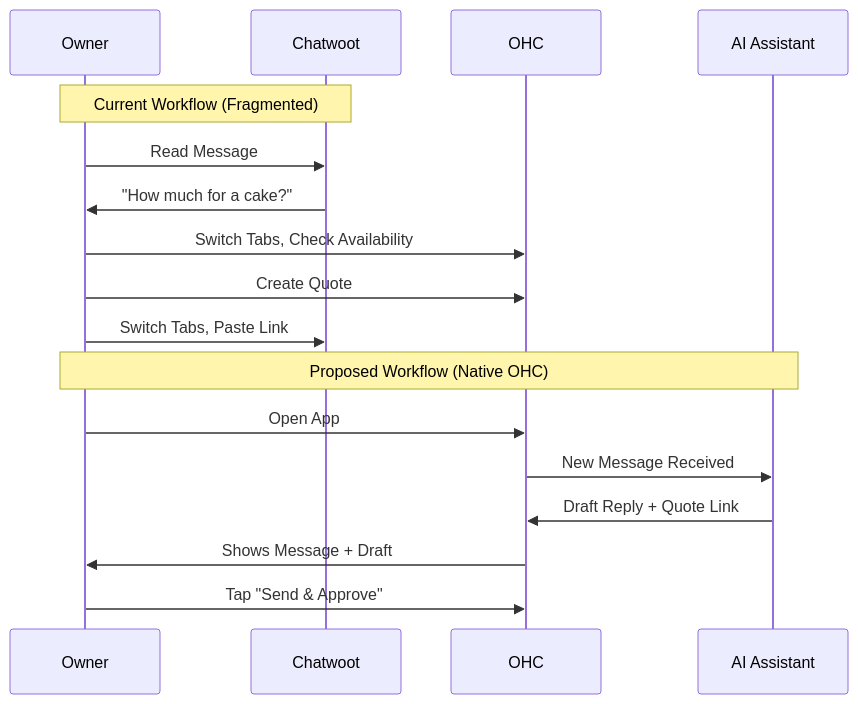
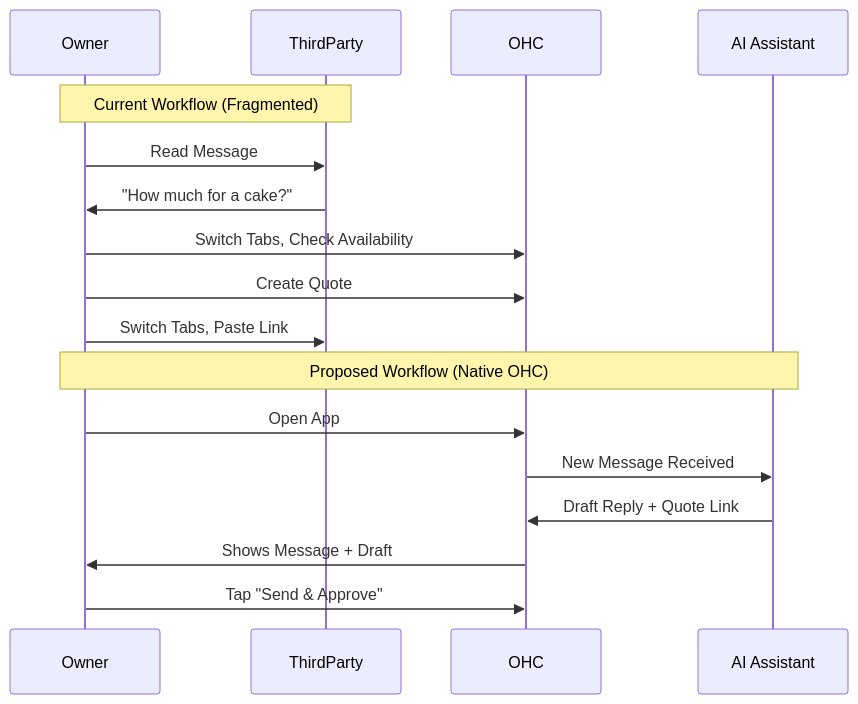
Before and after one commit to omnisolo-llc/onehumancorp: the second of 2 diagrams in .agent-task/report/task_output.md, drawn with Mermaid. The commit also changed other lines of this file and 1 other file, not shown here.

First line of the commit message:
docs: remove remaining chatwoot residue in generated report

````diff
--- a/.agent-task/report/task_output.md
+++ b/.agent-task/report/task_output.md
@@ -88,21 +88,21 @@
   ```mermaid
   sequenceDiagram
       participant Owner
-      participant Chatwoot
+      participant ThirdParty
       participant OHC
       participant AI Assistant
 
-      Note over Owner,Chatwoot: Current Workflow (Fragmented)
-      Owner->>Chatwoot: Read Message
-      Chatwoot->>Owner: "How much for a cake?"
+      Note over Owner,ThirdParty: Current Workflow (Fragmented)
+      Owner->>ThirdParty: Read Message
+      ThirdParty->>Owner: "How much for a cake?"
       Owner->>OHC: Switch Tabs, Check Availability
       Owner->>OHC: Create Quote
-      Owner->>Chatwoot: Switch Tabs, Paste Link
+      Owner->>ThirdParty: Switch Tabs, Paste Link
 
       Note over Owner,AI Assistant: Proposed Workflow (Native OHC)
       Owner->>OHC: Open App
       OHC->>AI Assistant: New Message Received
       AI Assistant->>OHC: Draft Reply + Quote Link
       OHC->>Owner: Shows Message + Draft
       Owner->>OHC: Tap "Send & Approve"
   ```
````
